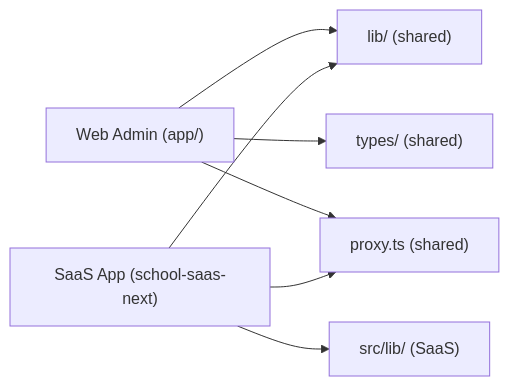
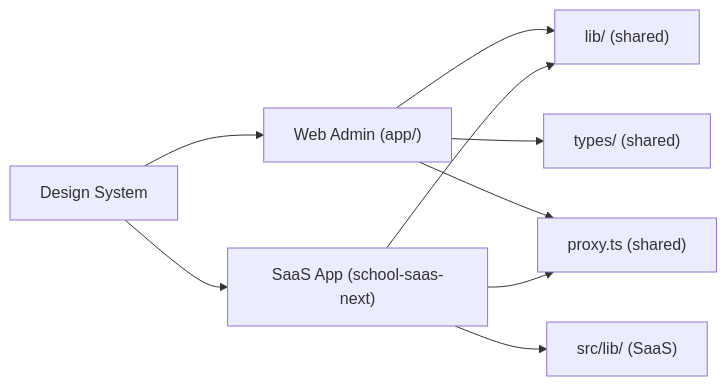
One commit to mustafaalkusaj/appschoolmustafa2002 changed the fifth of 5 diagrams in .qoder/repowiki/en/content/Developer Guidelines.md. Above: the diagram before and after it, drawn with Mermaid. The commit also changed other lines of this file and 277 other files, not shown here.

````diff
--- a/.qoder/repowiki/en/content/Developer Guidelines.md
+++ b/.qoder/repowiki/en/content/Developer Guidelines.md
@@ -295,9 +377,11 @@
 ```mermaid
 graph LR
 WA["Web Admin (app/)"] --> L["lib/ (shared)"]
 WA --> T["types/ (shared)"]
 WA --> P["proxy.ts (shared)"]
 SA["SaaS App (school-saas-next)"] --> SL["src/lib/ (SaaS)"]
 SA --> L
 SA --> P
+DS["Design System"] --> WA
+DS --> SA
 ```
````
